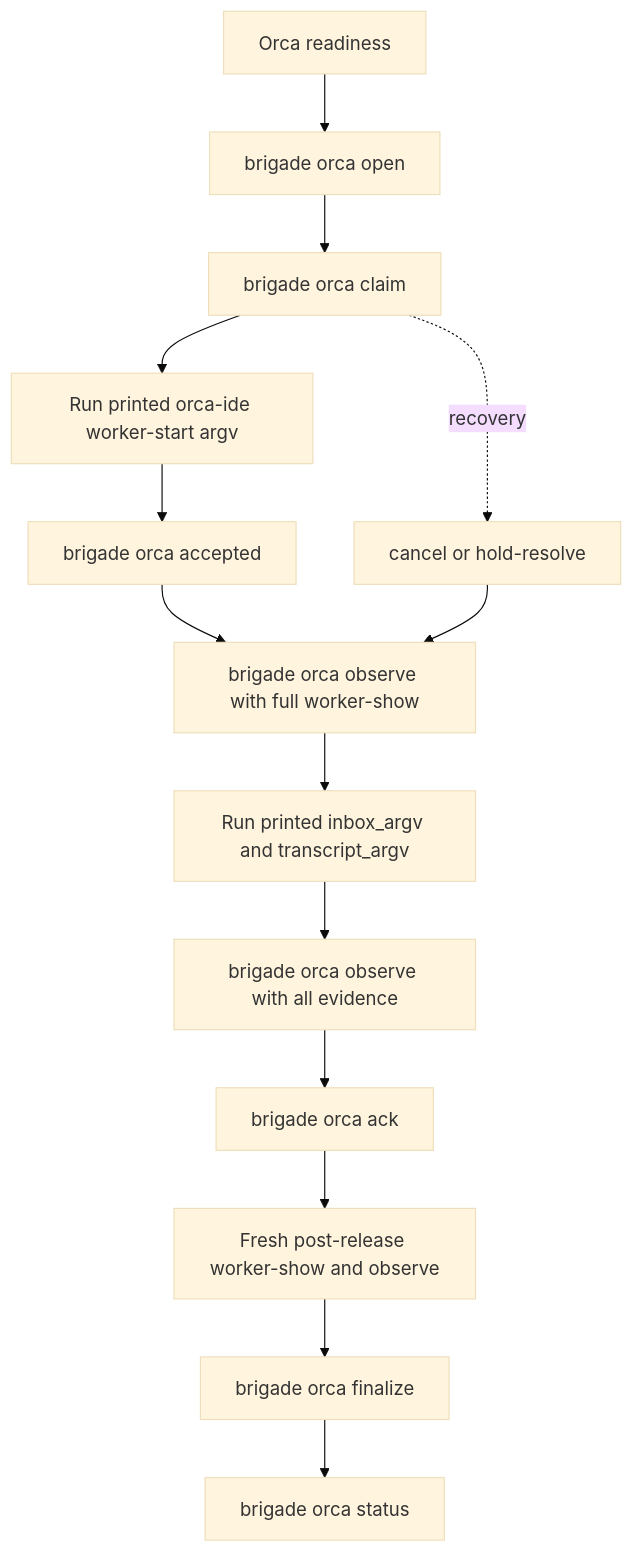
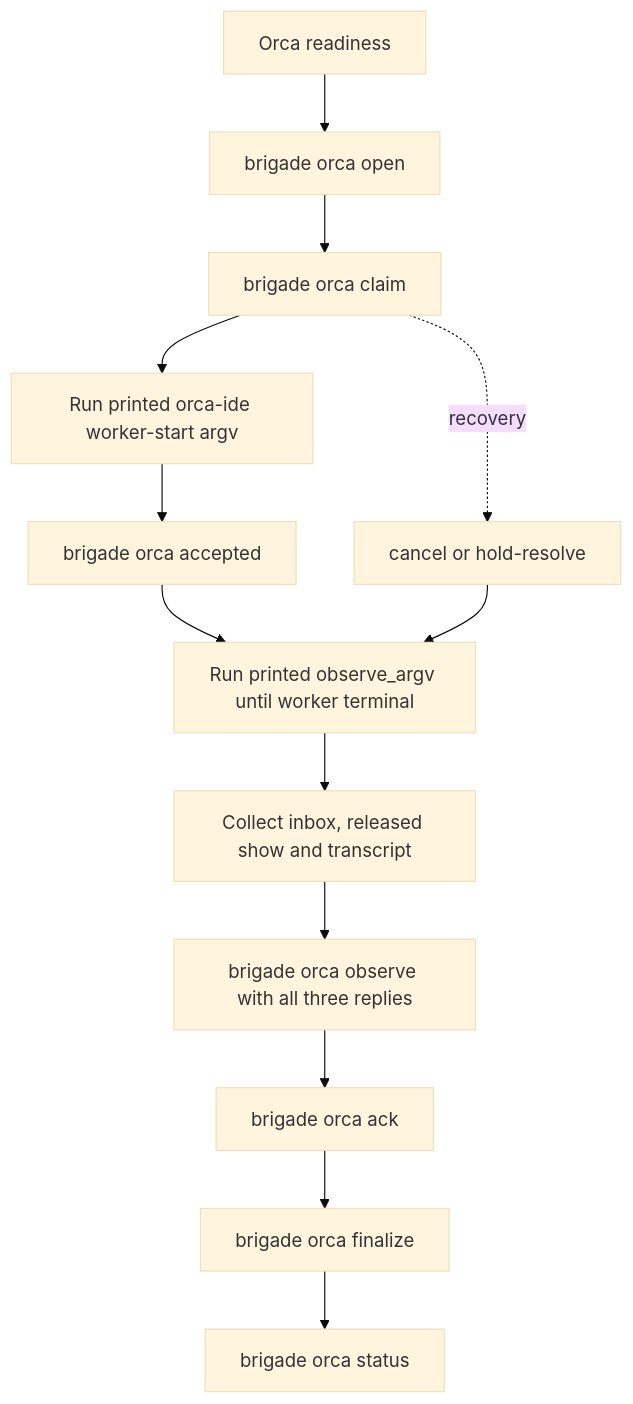
The diagram in docs/orca-governed-delegation.md (escoffier-labs/brigade), drawn with Mermaid (base theme) before and after one commit. The commit also changed other lines of this file and 5 other files, not shown here.

Commit message:
perf(orca): shorten governed worker closeout

````diff
--- a/docs/orca-governed-delegation.md
+++ b/docs/orca-governed-delegation.md
@@ -12,16 +12,15 @@
 ```mermaid
 flowchart TD
     R[Orca readiness] --> A[brigade orca open]
     A --> B[brigade orca claim]
     B --> C[Run printed orca-ide worker-start argv]
     C --> D[brigade orca accepted]
-    D --> E[brigade orca observe with full worker-show]
-    E --> F[Run printed inbox_argv and transcript_argv]
-    F --> G[brigade orca observe with all evidence]
+    D --> E[Run printed observe_argv until worker terminal]
+    E --> F[Collect inbox, released show and transcript]
+    F --> G[brigade orca observe with all three replies]
     G --> H[brigade orca ack]
-    H --> I[Fresh post-release worker-show and observe]
-    I --> J[brigade orca finalize]
+    H --> J[brigade orca finalize]
     B -. recovery .-> K[cancel or hold-resolve]
     K --> E
     J --> L[brigade orca status]
 ```
````
